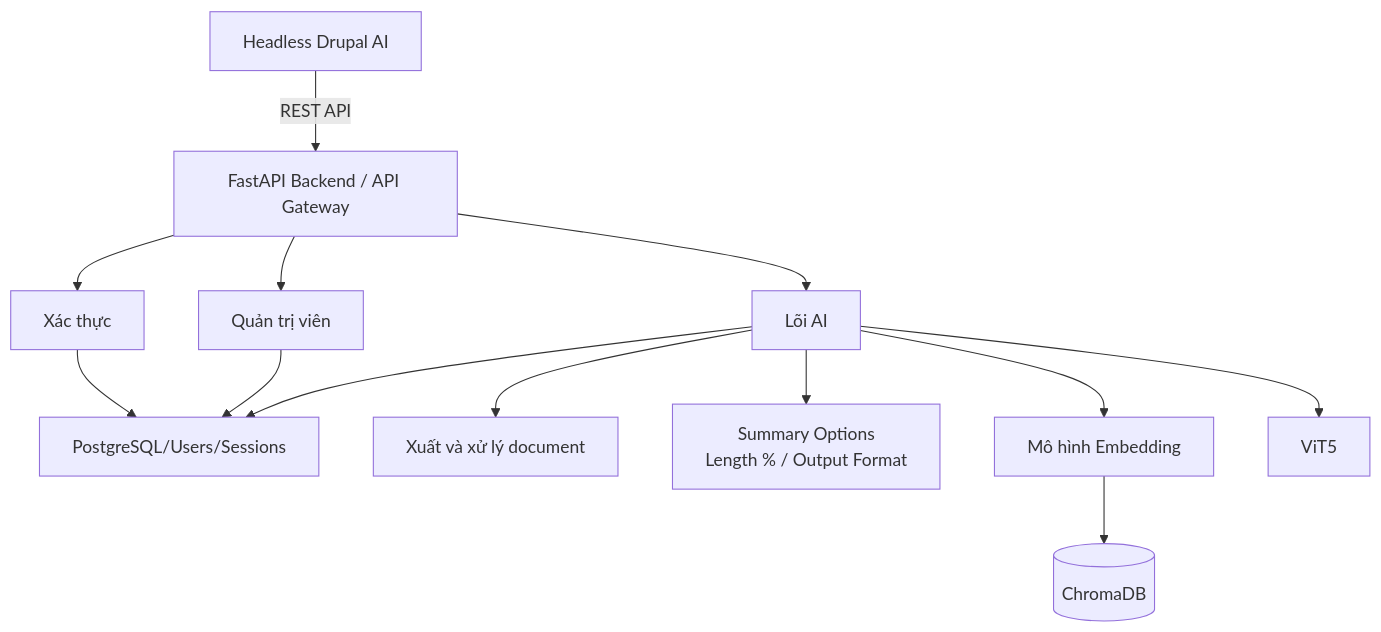
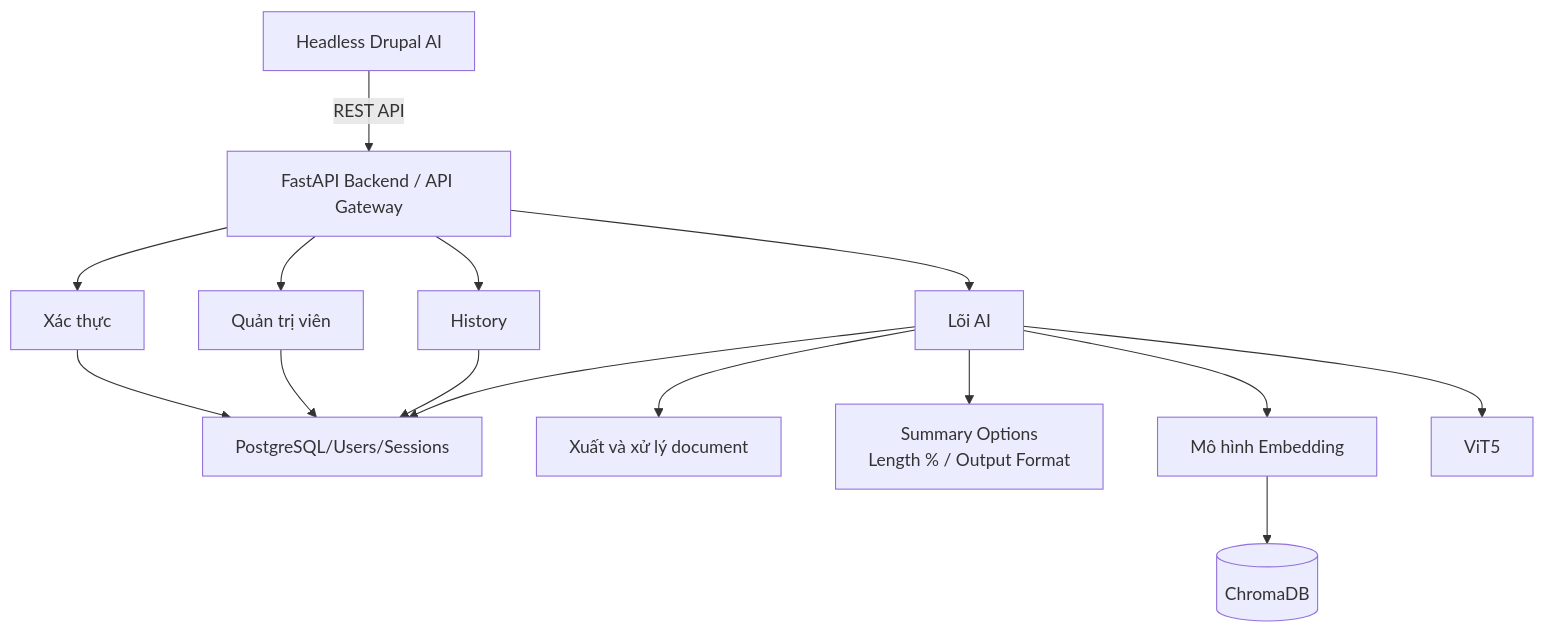
Before and after one commit to kienng221105/Summarize-Vietnamese-Text: the first of 6 diagrams in README.md, drawn with Mermaid. The commit also changed 2 other files, not shown here.

Commit message:
Update architecture

````diff
--- a/README.md
+++ b/README.md
@@ -9,22 +9,22 @@
 ```mermaid
 flowchart TD
 
   Client[Headless Drupal AI] -->|REST API| API[FastAPI Backend / API Gateway]
 
   API --> Auth[Xác thực]
   API --> Admin[Quản trị viên]
   API --> Core[Lõi AI]
-
+  API --> History
   Auth --> RDB[PostgreSQL/Users/Sessions]
   Admin --> RDB
-
+  History --> RDB
   Core --> RDB
   Core --> ExtProcessor[Xuất và xử lý document]
 
   Core --> Options[Summary Options<br/>Length % / Output Format]
 
   Core --> Embed[Mô hình Embedding]
   Embed --> VDB[(ChromaDB)]
 
   Core --> ViT5[ViT5]
 ```
````
